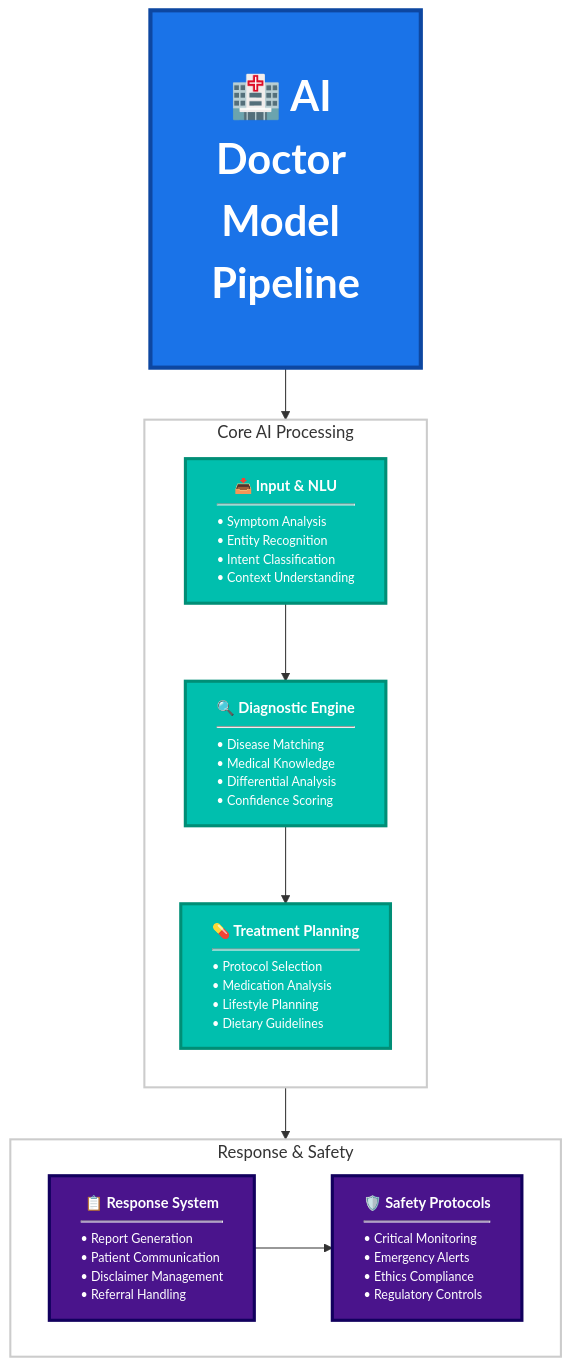
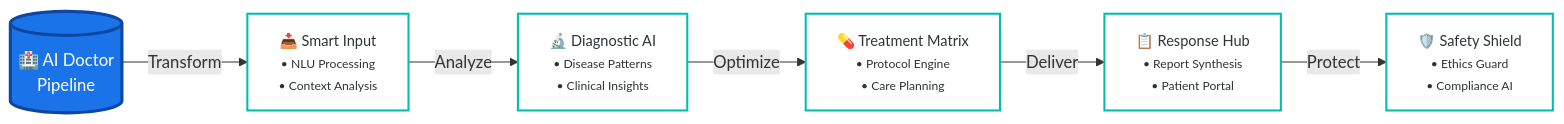
Before and after one commit to Blacksujit/Health-Summerize-AI: the second of 2 diagrams in README.md, drawn with Mermaid.

Commit message:
added arcitect.  diagram✅✅

````diff
--- a/README.md
+++ b/README.md
@@ -311,38 +311,35 @@
 ```mermaid
-graph TB
-    %% Main Header with enhanced styling
-    A["<div style='padding:10px'><h1>🏥 AI Doctor Model Pipeline</h1></div>"]
+graph LR
+    %% Main Title
+    A[("🏥 AI Doctor<br>Pipeline")]
     
-    %% Core Processing Modules in a circular arrangement
-    subgraph ProcessingCore["Core AI Processing"]
-        direction TB
-        B["<b>📥 Input & NLU</b><hr><div style='font-size:12px;text-align:left'>• Symptom Analysis<br>• Entity Recognition<br>• Intent Classification<br>• Context Understanding</div>"]
-        C["<b>🔍 Diagnostic Engine</b><hr><div style='font-size:12px;text-align:left'>• Disease Matching<br>• Medical Knowledge<br>• Differential Analysis<br>• Confidence Scoring</div>"]
-        D["<b>💊 Treatment Planning</b><hr><div style='font-size:12px;text-align:left'>• Protocol Selection<br>• Medication Analysis<br>• Lifestyle Planning<br>• Dietary Guidelines</div>"]
-    end
+    %% Smart Input Processing
+    B["📥 Smart Input<br><small>• NLU Processing<br>• Context Analysis</small>"]
     
-    %% Output & Safety Layer
-    subgraph OutputLayer["Response & Safety"]
-        direction LR
-        E["<b>📋 Response System</b><hr><div style='font-size:12px;text-align:left'>• Report Generation<br>• Patient Communication<br>• Disclaimer Management<br>• Referral Handling</div>"]
-        F["<b>🛡️ Safety Protocols</b><hr><div style='font-size:12px;text-align:left'>• Critical Monitoring<br>• Emergency Alerts<br>• Ethics Compliance<br>• Regulatory Controls</div>"]
-    end
+    %% Diagnostic Intelligence
+    C["🔬 Diagnostic AI<br><small>• Disease Patterns<br>• Clinical Insights</small>"]
     
-    %% Streamlined Flow Connections
-    A --> ProcessingCore
-    B --> C
-    C --> D
-    D --> OutputLayer
-    E --> F
+    %% Treatment Innovation
+    D["💊 Treatment Matrix<br><small>• Protocol Engine<br>• Care Planning</small>"]
     
-    %% Enhanced Visual Styling
-    classDef header fill:#1a73e8,stroke:#0d47a1,stroke-width:4px,color:#ffffff,font-weight:bold,font-size:20px
-    classDef core fill:#00bfae,stroke:#008e76,stroke-width:3px,color:#ffffff,font-size:14px
-    classDef output fill:#4a148c,stroke:#12005e,stroke-width:3px,color:#ffffff,font-size:14px
-    classDef container fill:none,stroke:#ccc,stroke-width:2px,color:#333
+    %% Response Orchestration
+    E["📋 Response Hub<br><small>• Report Synthesis<br>• Patient Portal</small>"]
     
-    class A header
-    class B,C,D core
-    class E,F output
-    class ProcessingCore,OutputLayer container
+    %% Safety Guardian
+    F["🛡️ Safety Shield<br><small>• Ethics Guard<br>• Compliance AI</small>"]
+
+    %% Innovative Flow
+    A --> |"Transform"| B
+    B --> |"Analyze"| C
+    C --> |"Optimize"| D
+    D --> |"Deliver"| E
+    E --> |"Protect"| F
+    
+    %% Modern Styling
+    classDef mainNode fill:#1a73e8,stroke:#0d47a1,stroke-width:3px,color:#fff,font-size:16px,text-align:center,rx:50
+    classDef moduleNode fill:none,stroke:#00bfae,stroke-width:2px,color:#2d3436,font-size:14px
+    classDef flowLabel color:#2d3436,font-size:12px
+    
+    class A mainNode
+    class B,C,D,E,F moduleNode
 ```
````
